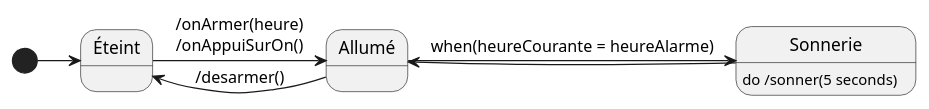
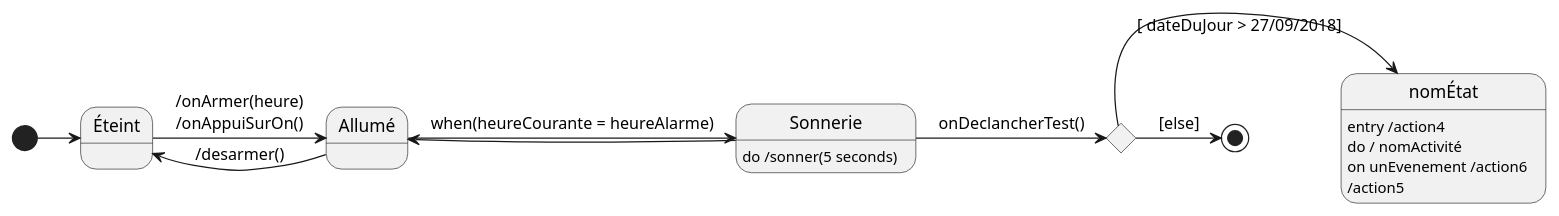
The diagram in Examples/Statechart Diagrams/ReveilleMatin.wsd (Juansero29/PlantUML), drawn with PlantUML before and after one commit. The commit also changed 1 other file, not shown here.

Commit message:
- added some stuff to statechart diagram

```diff
--- a/Examples/Statechart Diagrams/ReveilleMatin.wsd
+++ b/Examples/Statechart Diagrams/ReveilleMatin.wsd
@@ -1,12 +1,23 @@
 @startuml reveillematin
 
 
 [*] -> Éteint
 Éteint -> Allumé : /onArmer(heure)\n/onAppuiSurOn()
 Allumé -> Sonnerie : when(heureCourante = heureAlarme)
 Sonnerie : do /sonner(5 seconds)
 Sonnerie -> Allumé
 Allumé -> Éteint : /desarmer()
 
+state State1 <<choice>>
 
+
+Sonnerie -> State1 : onDeclancherTest()
+
+nomÉtat : entry /action4
+nomÉtat : do / nomActivité
+nomÉtat : on unEvenement /action6
+nomÉtat : /action5
+
+State1 -down> nomÉtat : [ dateDuJour > 27/09/2018]
+State1 -> [*] : [else]
 @enduml
```
